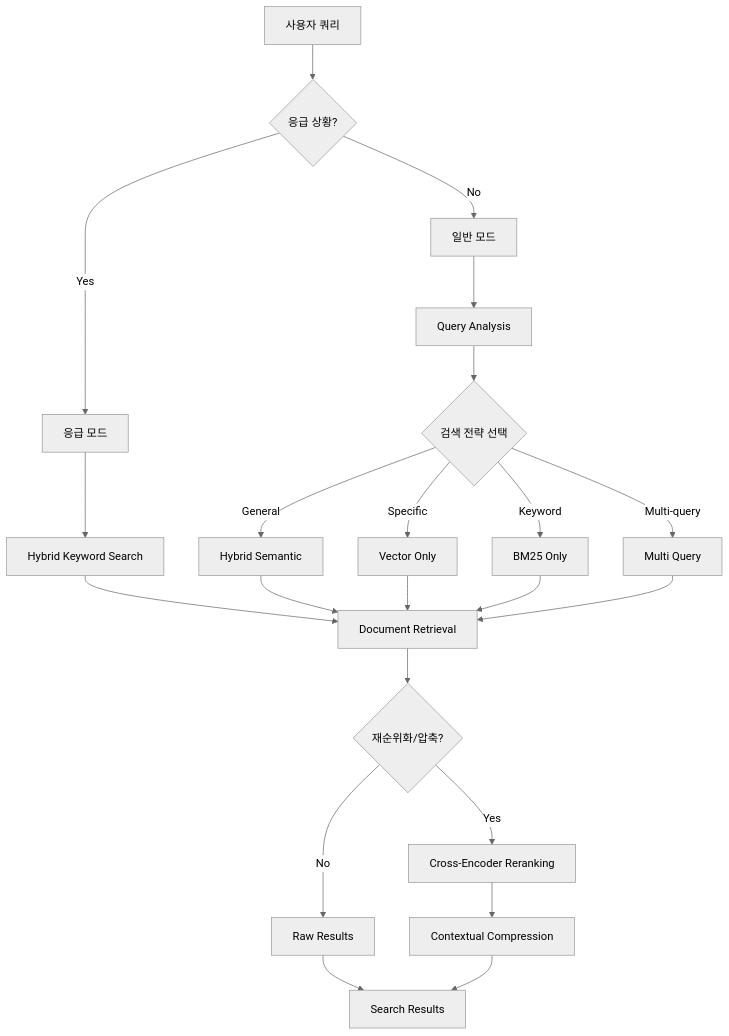
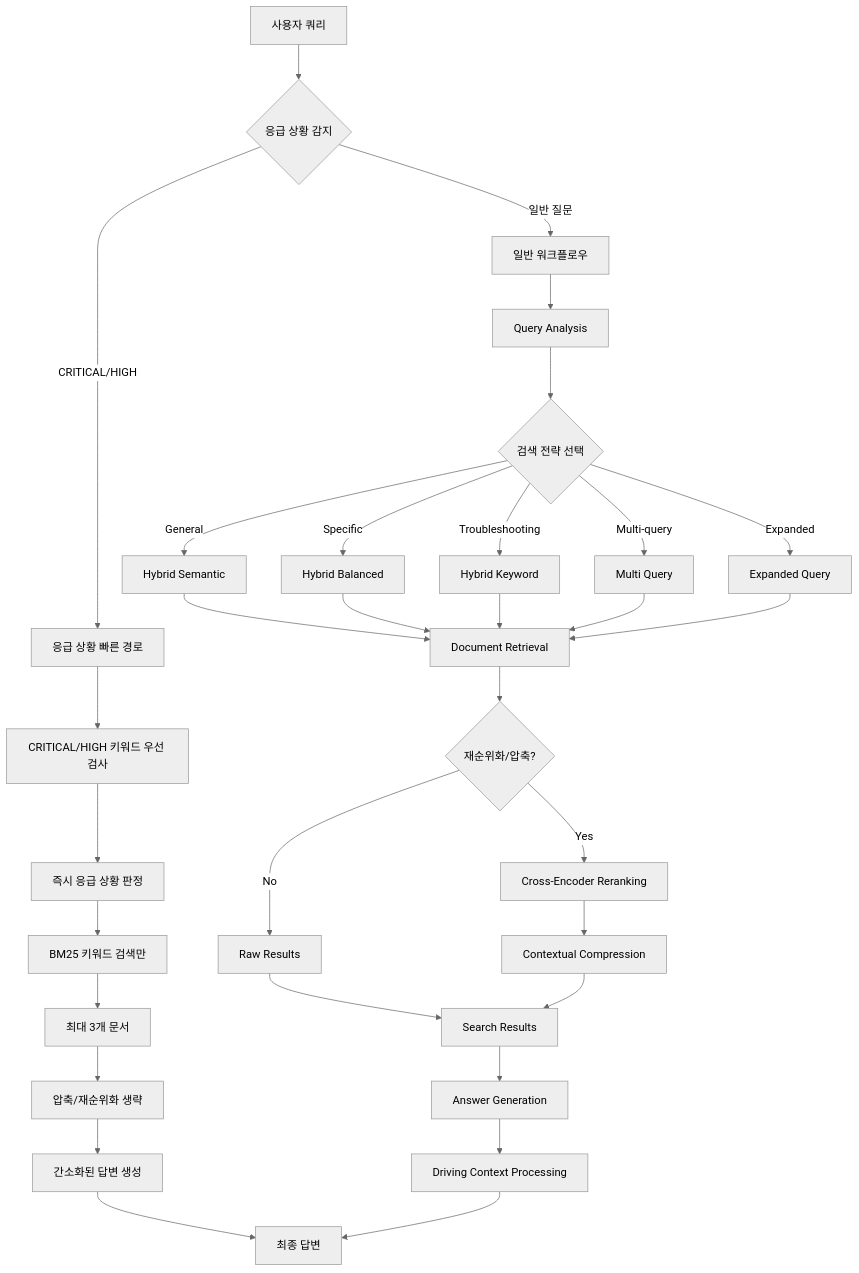
Before and after one commit to sungjikim/llm-project-vehicleManualAgent: the third of 10 diagrams in vehicle_agent_flow_diagram.md, drawn with Mermaid (neutral theme). The commit also changed other lines of this file and 7 other files, not shown here.

````diff
--- a/vehicle_agent_flow_diagram.md
+++ b/vehicle_agent_flow_diagram.md
@@ -76,30 +105,41 @@
 ```mermaid
 graph TD
-    A[사용자 쿼리] --> B{응급 상황?}
+    A[사용자 쿼리] --> B{응급 상황 감지}
     
-    B -->|Yes| C[응급 모드]
-    B -->|No| D[일반 모드]
+    B -->|CRITICAL/HIGH| C[응급 상황 빠른 경로]
+    B -->|일반 질문| D[일반 워크플로우]
     
-    C --> E[Hybrid Keyword Search]
-    D --> F[Query Analysis]
+    C --> C1[CRITICAL/HIGH 키워드 우선 검사]
+    C1 --> C2[즉시 응급 상황 판정]
+    C2 --> C3[BM25 키워드 검색만]
+    C3 --> C4[최대 3개 문서]
+    C4 --> C5[압축/재순위화 생략]
+    C5 --> C6[간소화된 답변 생성]
     
-    F --> G{검색 전략 선택}
-    G -->|General| H[Hybrid Semantic]
-    G -->|Specific| I[Vector Only]
-    G -->|Keyword| J[BM25 Only]
-    G -->|Multi-query| K[Multi Query]
+    D --> D1[Query Analysis]
+    D1 --> D2{검색 전략 선택}
+    D2 -->|General| D3[Hybrid Semantic]
+    D2 -->|Specific| D4[Hybrid Balanced]
+    D2 -->|Troubleshooting| D5[Hybrid Keyword]
+    D2 -->|Multi-query| D6[Multi Query]
+    D2 -->|Expanded| D7[Expanded Query]
     
-    E --> L[Document Retrieval]
-    H --> L
-    I --> L
-    J --> L
-    K --> L
+    D3 --> D8[Document Retrieval]
+    D4 --> D8
+    D5 --> D8
+    D6 --> D8
+    D7 --> D8
     
-    L --> M{재순위화/압축?}
-    M -->|Yes| N[Cross-Encoder Reranking]
-    M -->|No| O[Raw Results]
+    D8 --> D9{재순위화/압축?}
+    D9 -->|Yes| D10[Cross-Encoder Reranking]
+    D9 -->|No| D11[Raw Results]
     
-    N --> P[Contextual Compression]
-    O --> Q[Search Results]
-    P --> Q
+    D10 --> D12[Contextual Compression]
+    D11 --> D13[Search Results]
+    D12 --> D13
+    
+    C6 --> E[최종 답변]
+    D13 --> F[Answer Generation]
+    F --> G[Driving Context Processing]
+    G --> E
 ```
````
